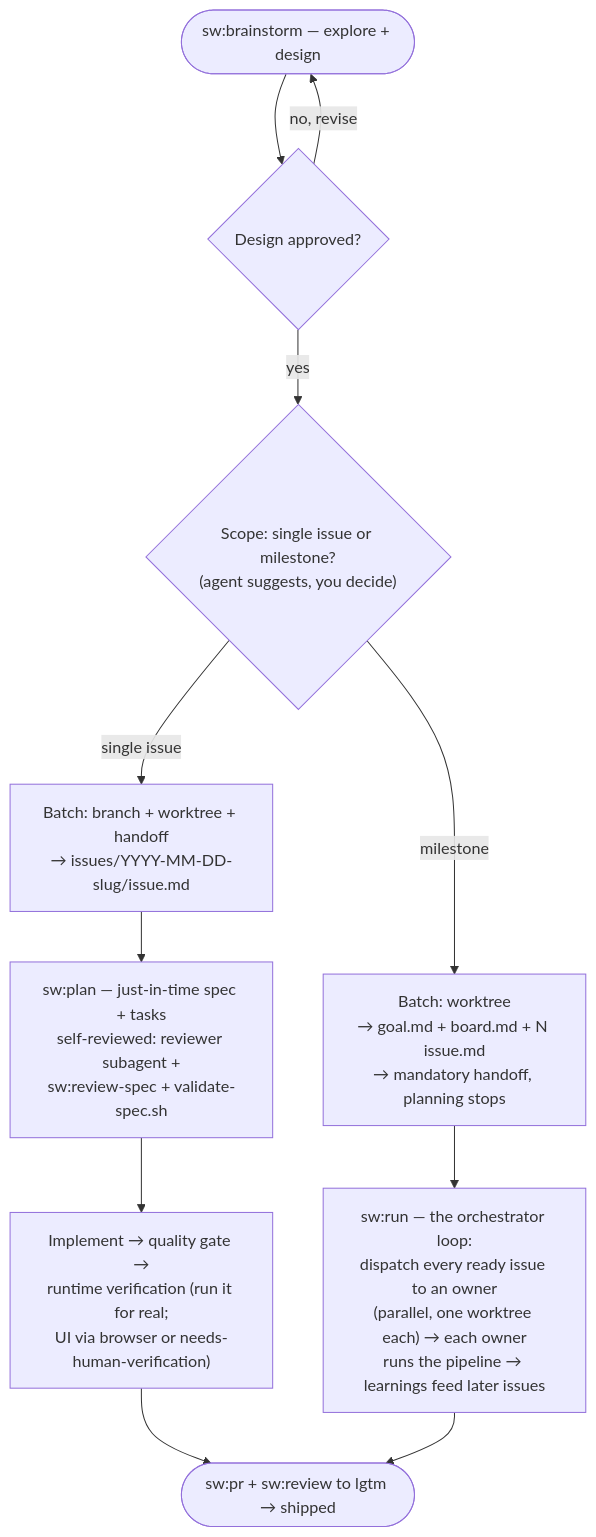
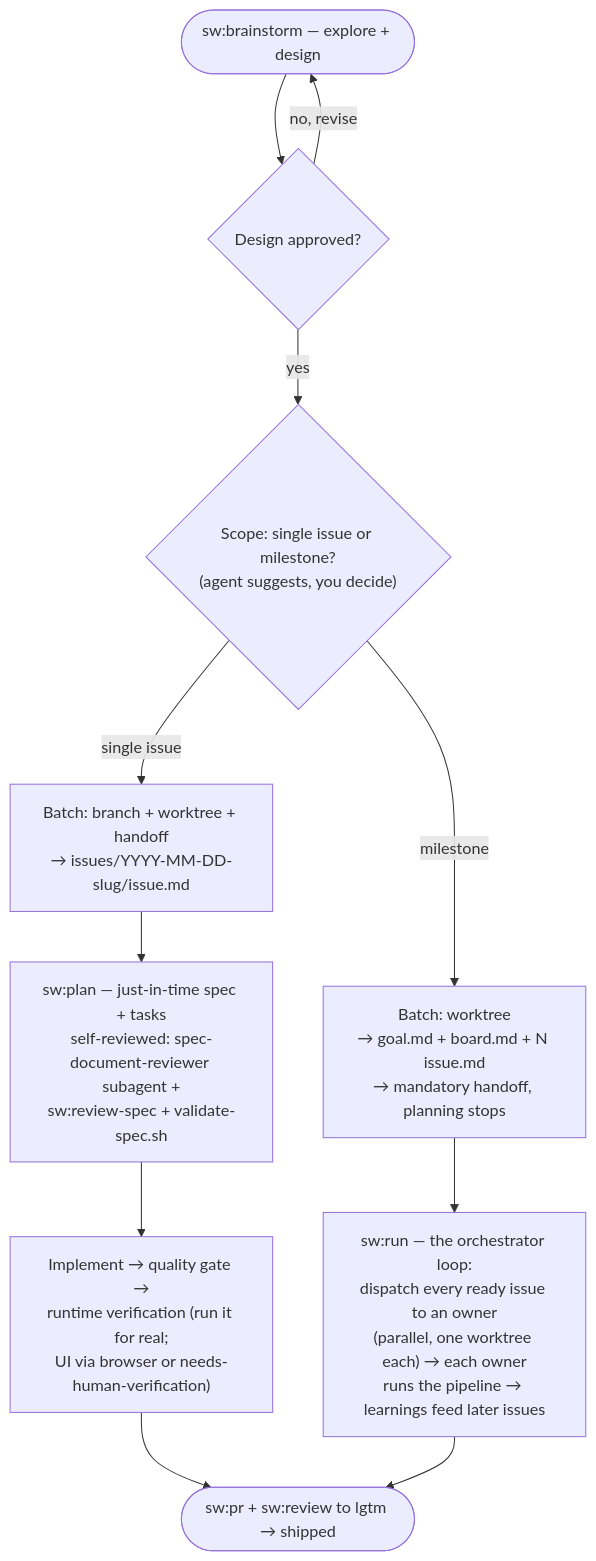
Before and after one commit to ribeirogab/specwright: the diagram in README.md, drawn with Mermaid. The commit also changed other lines of this file and 2 other files, not shown here.

Commit message:
docs(role-subagents): apply review nits, curate learnings, mark shipped

````diff
--- a/README.md
+++ b/README.md
@@ -53,13 +53,13 @@
 ```mermaid
 flowchart TD
     A(["sw:brainstorm — explore + design"]) --> B{"Design approved?"}
     B -- "no, revise" --> A
     B -- yes --> C{"Scope: single issue or milestone?<br/>(agent suggests, you decide)"}
     C -- "single issue" --> D["Batch: branch + worktree + handoff<br/>→ issues/YYYY-MM-DD-slug/issue.md"]
-    D --> E["sw:plan — just-in-time spec + tasks<br/>self-reviewed: reviewer subagent +<br/>sw:review-spec + validate-spec.sh"]
+    D --> E["sw:plan — just-in-time spec + tasks<br/>self-reviewed: spec-document-reviewer subagent +<br/>sw:review-spec + validate-spec.sh"]
     E --> F["Implement → quality gate →<br/>runtime verification (run it for real;<br/>UI via browser or needs-human-verification)"]
     F --> G(["sw:pr + sw:review to lgtm → shipped"])
     C -- milestone --> H["Batch: worktree<br/>→ goal.md + board.md + N issue.md<br/>→ mandatory handoff, planning stops"]
     H --> I["sw:run — the orchestrator loop:<br/>dispatch every ready issue to an owner<br/>(parallel, one worktree each) → each owner<br/>runs the pipeline → learnings feed later issues"]
     I --> G
 ```
````
